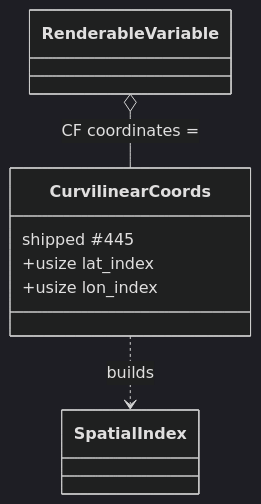
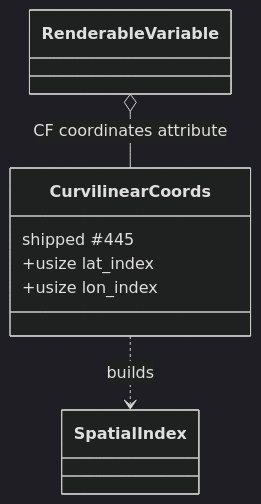
The third of 4 diagrams in docs/architecture/planned/03-composition.md (D0ubleD0uble/fieldglass), drawn with Mermaid (dark theme) before and after one commit. The commit also changed other lines of this file and 28 other files, not shown here.

````diff
--- a/docs/architecture/planned/03-composition.md
+++ b/docs/architecture/planned/03-composition.md
@@ -189,11 +189,11 @@
 ```mermaid
 classDiagram
     class RenderableVariable
     class CurvilinearCoords {
         shipped #445
         +usize lat_index
         +usize lon_index
     }
-    RenderableVariable o-- CurvilinearCoords : CF coordinates =
+    RenderableVariable o-- CurvilinearCoords : CF coordinates attribute
     CurvilinearCoords ..> SpatialIndex : builds
 ```
````
